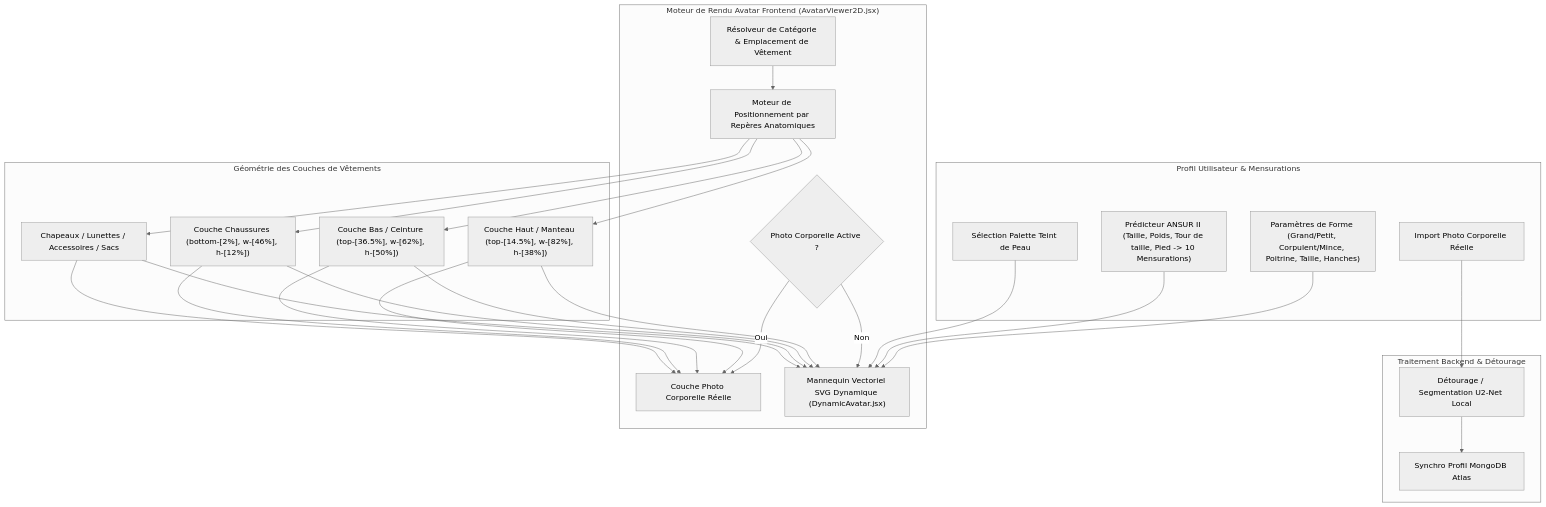
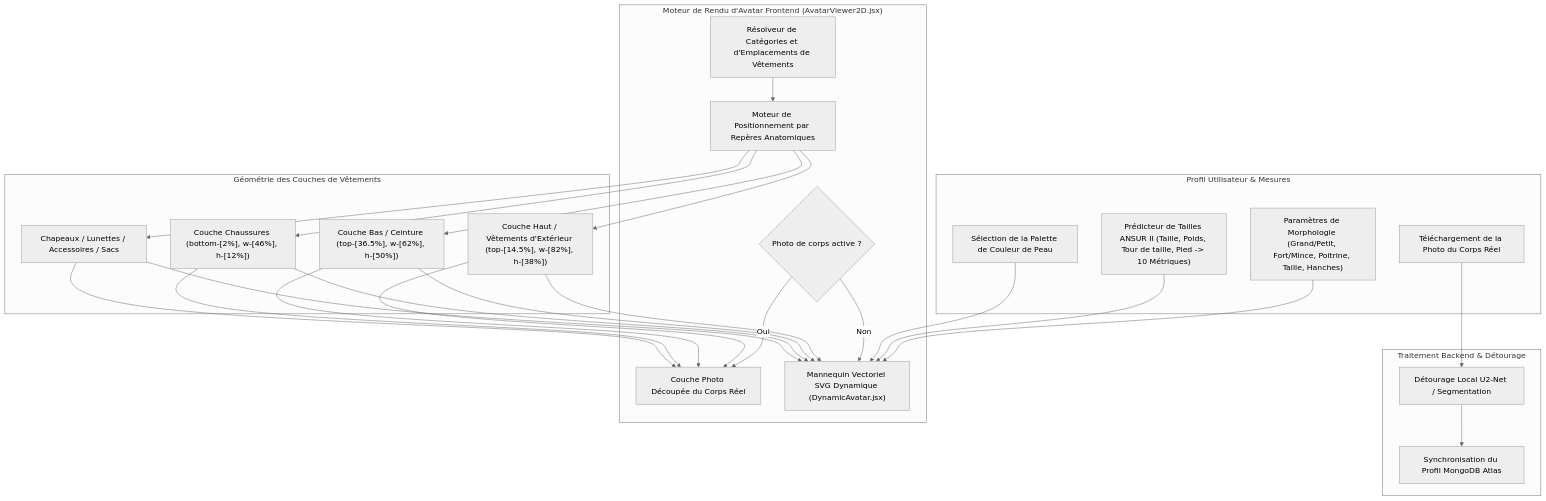
Before and after one commit to Yoram-Jacobs/DressAppV1: the diagram in wiki/fr/Avatar.md, drawn with Mermaid (neutral theme). The commit also changed other lines of this file and 11 other files, not shown here.

Commit message:
docs(i18n): translate Avatar.md architecture guide across all 12 supported languages

````diff
--- a/wiki/fr/Avatar.md
+++ b/wiki/fr/Avatar.md
@@ -17,41 +17,41 @@
 ```mermaid
 flowchart TD
-    subgraph UserProfile["Profil Utilisateur & Mensurations"]
-        U_Photo["Import Photo Corporelle Réelle"]
-        U_Tone["Sélection Palette Teint de Peau"]
-        U_Params["Paramètres de Forme (Grand/Petit, Corpulent/Mince, Poitrine, Taille, Hanches)"]
-        U_Sizing["Prédicteur ANSUR II (Taille, Poids, Tour de taille, Pied -> 10 Mensurations)"]
+    subgraph UserProfile["Profil Utilisateur & Mesures"]
+        U_Photo["Téléchargement de la Photo du Corps Réel"]
+        U_Tone["Sélection de la Palette de Couleur de Peau"]
+        U_Params["Paramètres de Morphologie (Grand/Petit, Fort/Mince, Poitrine, Taille, Hanches)"]
+        U_Sizing["Prédicteur de Tailles ANSUR II (Taille, Poids, Tour de taille, Pied -> 10 Métriques)"]
     end
 
     subgraph BackendIngest["Traitement Backend & Détourage"]
-        Rembg["Détourage / Segmentation U2-Net Local"]
-        Mongo["Synchro Profil MongoDB Atlas"]
+        Rembg["Détourage Local U2-Net / Segmentation"]
+        Mongo["Synchronisation du Profil MongoDB Atlas"]
     end
 
-    subgraph AvatarEngine["Moteur de Rendu Avatar Frontend (AvatarViewer2D.jsx)"]
-        ModeCheck{"Photo Corporelle Active ?"}
-        PhotoView["Couche Photo Corporelle Réelle"]
+    subgraph AvatarEngine["Moteur de Rendu d'Avatar Frontend (AvatarViewer2D.jsx)"]
+        ModeCheck{"Photo de corps active ?"}
+        PhotoView["Couche Photo Découpée du Corps Réel"]
         MannequinView["Mannequin Vectoriel SVG Dynamique (DynamicAvatar.jsx)"]
         
-        GarmentResolver["Résolveur de Catégorie & Emplacement de Vêtement"]
+        GarmentResolver["Résolveur de Catégories et d'Emplacements de Vêtements"]
         LandmarkCalc["Moteur de Positionnement par Repères Anatomiques"]
     end
 
     subgraph OverlayGeometry["Géométrie des Couches de Vêtements"]
-        TopLayer["Couche Haut / Manteau (top-[14.5%], w-[82%], h-[38%])"]
+        TopLayer["Couche Haut / Vêtements d'Extérieur (top-[14.5%], w-[82%], h-[38%])"]
         BottomLayer["Couche Bas / Ceinture (top-[36.5%], w-[62%], h-[50%])"]
         ShoesLayer["Couche Chaussures (bottom-[2%], w-[46%], h-[12%])"]
         AccessoryLayers["Chapeaux / Lunettes / Accessoires / Sacs"]
     end
 
     U_Photo --> Rembg --> Mongo
     U_Params & U_Sizing --> MannequinView
     U_Tone --> MannequinView
     
     ModeCheck -- Oui --> PhotoView
     ModeCheck -- Non --> MannequinView
 
     GarmentResolver --> LandmarkCalc
     LandmarkCalc --> TopLayer & BottomLayer & ShoesLayer & AccessoryLayers
     TopLayer & BottomLayer & ShoesLayer & AccessoryLayers --> PhotoView & MannequinView
 ```
````
